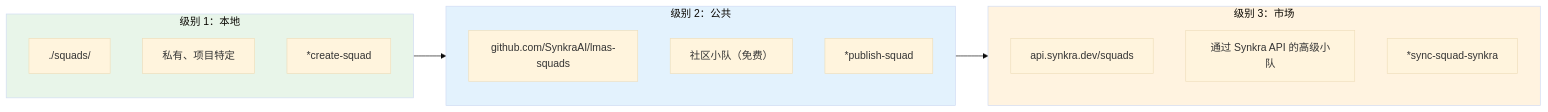
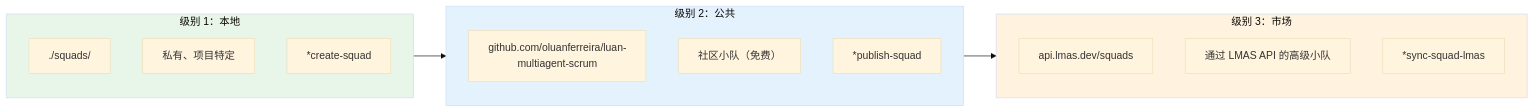
Before and after one commit to oluanferreira/luan-multiagent-scrum: the sixth of 6 diagrams in docs/zh/aiox-agent-flows/squad-creator-system.md, drawn with Mermaid (base theme). The commit also changed other lines of this file and 415 other files, not shown here.

First line of the commit message:
refactor: rebrand Synkra/SynkraAI → LMAS by Luan Ferreira

````diff
--- a/docs/zh/aiox-agent-flows/squad-creator-system.md
+++ b/docs/zh/aiox-agent-flows/squad-creator-system.md
@@ -564,27 +564,27 @@
 ```mermaid
 flowchart LR
     subgraph LOCAL["级别 1：本地"]
         L_PATH["./squads/"]
         L_DESC["私有、项目特定"]
         L_CMD["*create-squad"]
     end
 
     subgraph PUBLIC["级别 2：公共"]
-        P_REPO["github.com/SynkraAI/lmas-squads"]
+        P_REPO["github.com/oluanferreira/luan-multiagent-scrum"]
         P_DESC["社区小队（免费）"]
         P_CMD["*publish-squad"]
     end
 
     subgraph MARKET["级别 3：市场"]
-        M_API["api.synkra.dev/squads"]
-        M_DESC["通过 Synkra API 的高级小队"]
-        M_CMD["*sync-squad-synkra"]
+        M_API["api.lmas.dev/squads"]
+        M_DESC["通过 LMAS API 的高级小队"]
+        M_CMD["*sync-squad-lmas"]
     end
 
     LOCAL --> PUBLIC
     PUBLIC --> MARKET
 
     style LOCAL fill:#e8f5e9
     style PUBLIC fill:#e3f2fd
     style MARKET fill:#fff3e0
 ```
````
